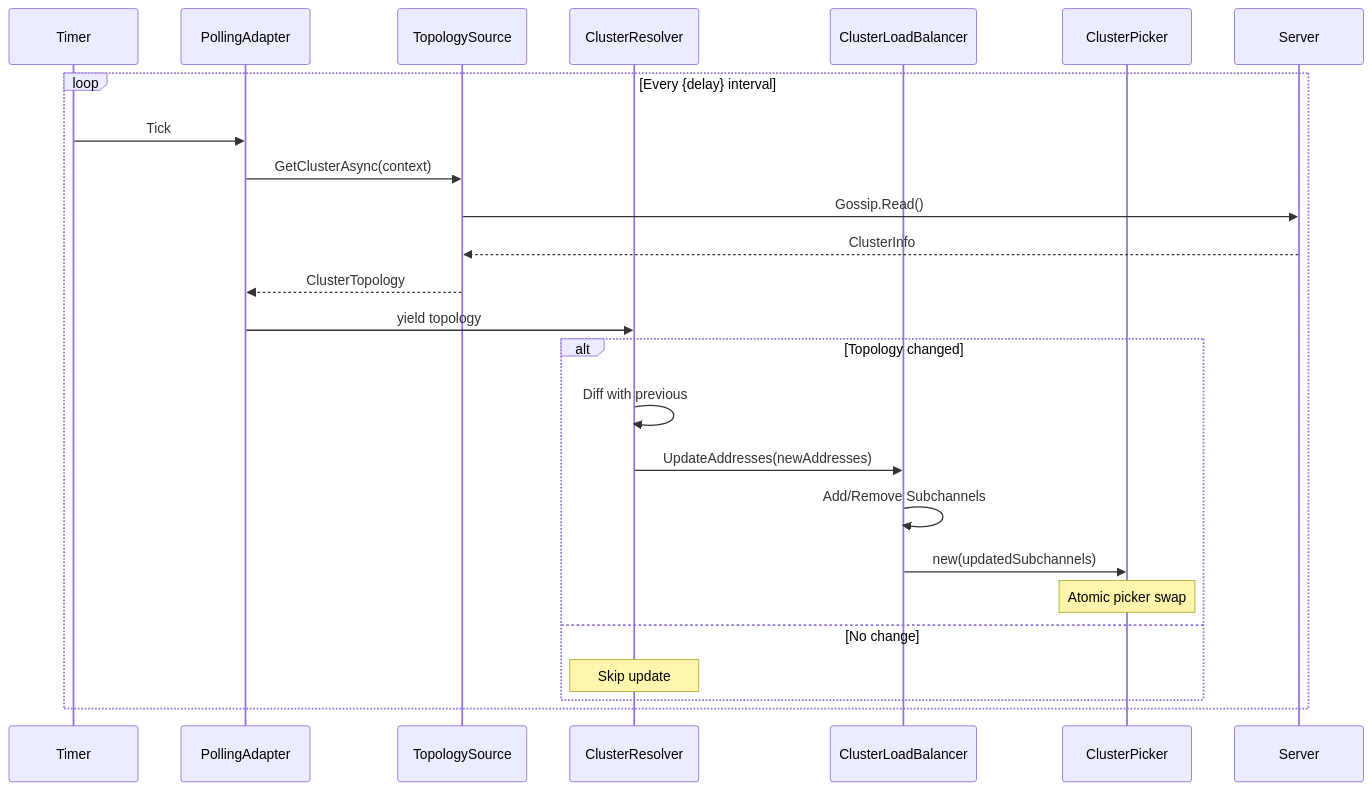
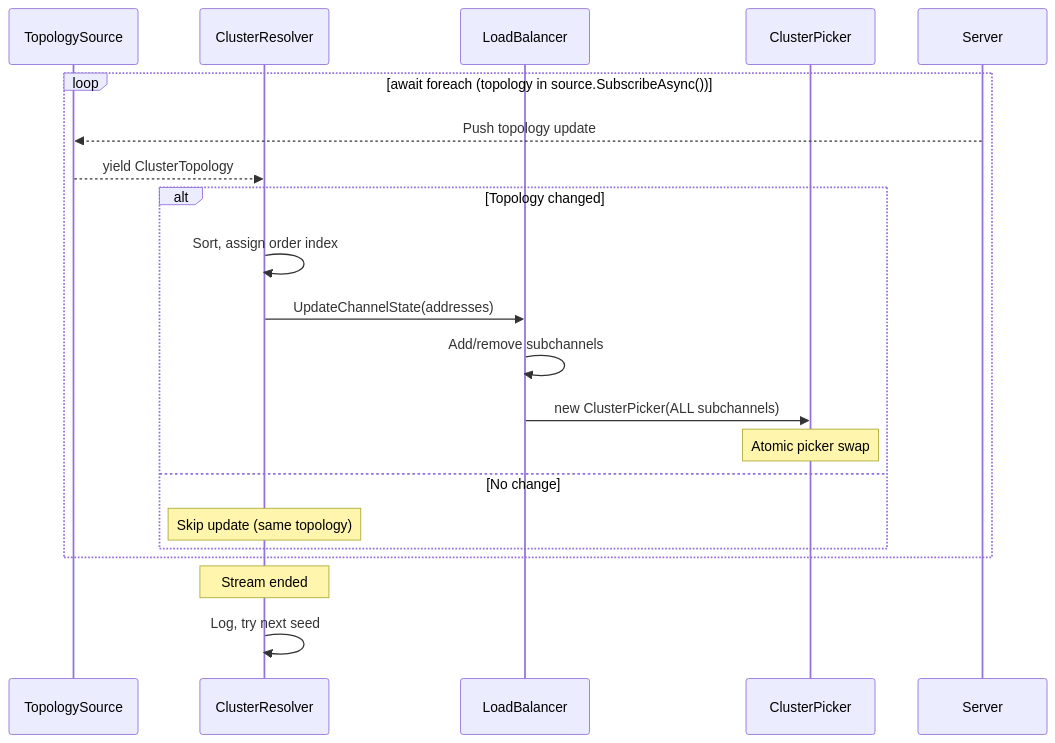
Before and after one commit to RagingKore/claude-code-context: the third of 5 diagrams in GRPC_LOAD_BALANCER_SPEC.md, drawn with Mermaid. The commit also changed other lines of this file, not shown here.

````diff
--- a/GRPC_LOAD_BALANCER_SPEC.md
+++ b/GRPC_LOAD_BALANCER_SPEC.md
@@ -901,30 +598,26 @@
 ```mermaid
 sequenceDiagram
-    participant Timer
-    participant PollingAdapter
-    participant TopologySource
-    participant ClusterResolver
-    participant ClusterLoadBalancer
-    participant ClusterPicker
+    participant Source as TopologySource
+    participant Resolver as ClusterResolver
+    participant LB as LoadBalancer
+    participant Picker as ClusterPicker
     participant Server
 
-    loop Every {delay} interval
-        Timer->>PollingAdapter: Tick
-        PollingAdapter->>TopologySource: GetClusterAsync(context)
-        TopologySource->>Server: Gossip.Read()
-        Server-->>TopologySource: ClusterInfo
-        TopologySource-->>PollingAdapter: ClusterTopology
-
-        PollingAdapter->>ClusterResolver: yield topology
+    loop await foreach (topology in source.SubscribeAsync())
+        Server-->>Source: Push topology update
+        Source-->>Resolver: yield ClusterTopology
 
         alt Topology changed
-            ClusterResolver->>ClusterResolver: Diff with previous
-            ClusterResolver->>ClusterLoadBalancer: UpdateAddresses(newAddresses)
-            ClusterLoadBalancer->>ClusterLoadBalancer: Add/Remove Subchannels
-            ClusterLoadBalancer->>ClusterPicker: new(updatedSubchannels)
-            Note over ClusterPicker: Atomic picker swap
+            Resolver->>Resolver: Sort, assign order index
+            Resolver->>LB: UpdateChannelState(addresses)
+            LB->>LB: Add/remove subchannels
+            LB->>Picker: new ClusterPicker(ALL subchannels)
+            Note over Picker: Atomic picker swap
         else No change
-            Note over ClusterResolver: Skip update
+            Note over Resolver: Skip update (same topology)
         end
     end
+
+    Note over Resolver: Stream ended
+    Resolver->>Resolver: Log, try next seed
 ```
````
